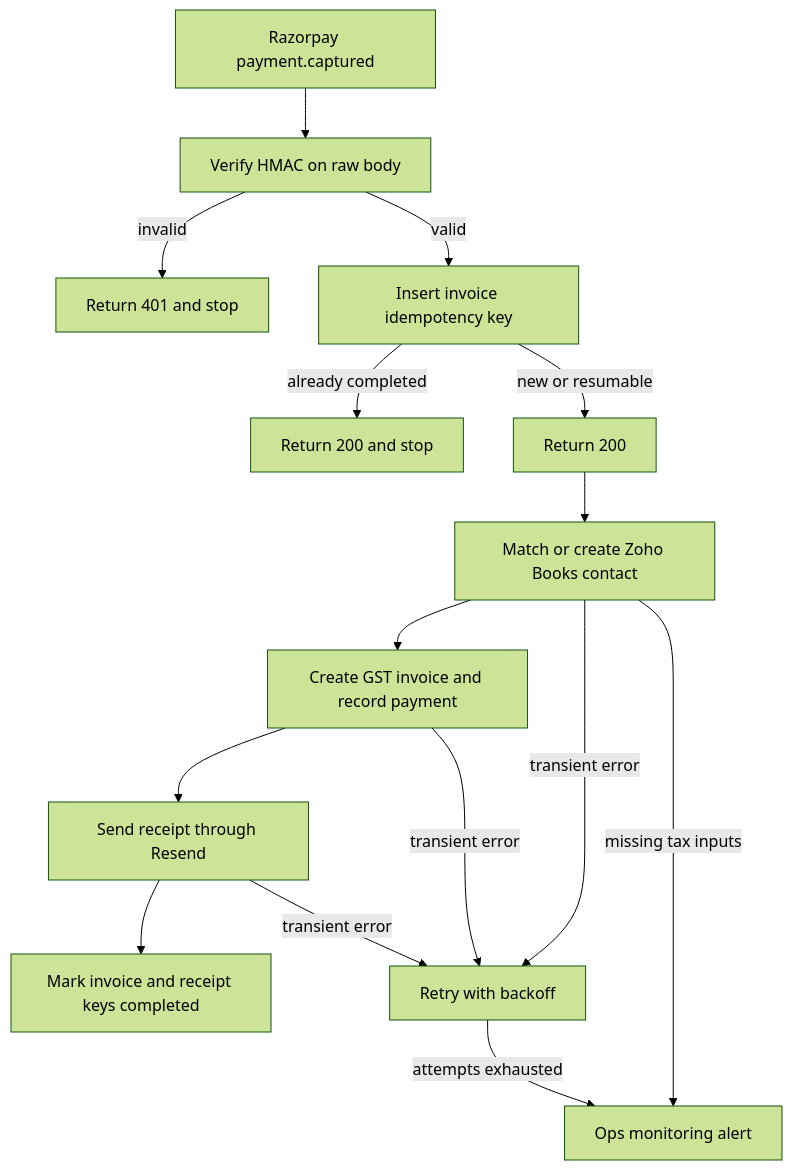
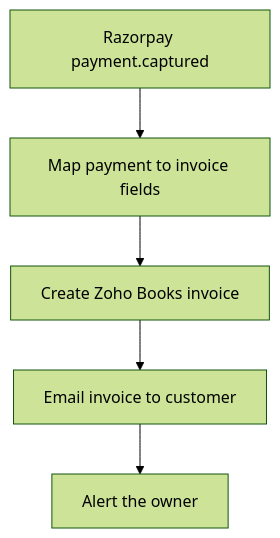
The diagram in workflows/01-razorpay-zoho-books-invoicing/README.md (Raghavdeora27/ai-automation-portfolio), drawn with Mermaid (forest theme) before and after one commit. The commit also changed other lines of this file and 50 other files, not shown here.

````diff
--- a/workflows/01-razorpay-zoho-books-invoicing/README.md
+++ b/workflows/01-razorpay-zoho-books-invoicing/README.md
@@ -58,17 +59,7 @@
 ```mermaid
 flowchart TD
-  razorpay["Razorpay payment.captured"] --> verify["Verify HMAC on raw body"]
-  verify -->|invalid| reject["Return 401 and stop"]
-  verify -->|valid| dedupe["Insert invoice idempotency key"]
-  dedupe -->|already completed| ack["Return 200 and stop"]
-  dedupe -->|new or resumable| ack2["Return 200"]
-  ack2 --> customer["Match or create Zoho Books contact"]
-  customer --> invoice["Create GST invoice and record payment"]
-  invoice --> receipt["Send receipt through Resend"]
-  receipt --> doneNode["Mark invoice and receipt keys completed"]
-  customer -->|transient error| retry["Retry with backoff"]
-  invoice -->|transient error| retry
-  receipt -->|transient error| retry
-  retry -->|attempts exhausted| alert["Ops monitoring alert"]
-  customer -->|missing tax inputs| alert
+  razorpay["Razorpay payment.captured"] --> map["Map payment to invoice fields"]
+  map --> invoice["Create Zoho Books invoice"]
+  invoice --> email["Email invoice to customer"]
+  email --> alert["Alert the owner"]
 ```
````
